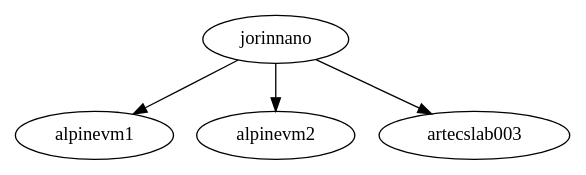
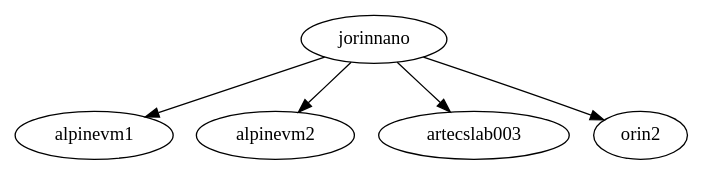
One commit to gulis1/planificacion-inferencia-edge changed the diagram in edge-controller/edge_service_controller/input.dot. Above: the diagram before and after it, drawn with Graphviz. The commit also changed 8 other files, not shown here.

```diff
--- a/edge-controller/edge_service_controller/input.dot
+++ b/edge-controller/edge_service_controller/input.dot
@@ -1,5 +1,6 @@
 digraph G {
   jorinnano -> alpinevm1
   jorinnano -> alpinevm2
   jorinnano -> artecslab003
+  jorinnano -> orin2
 }
```
